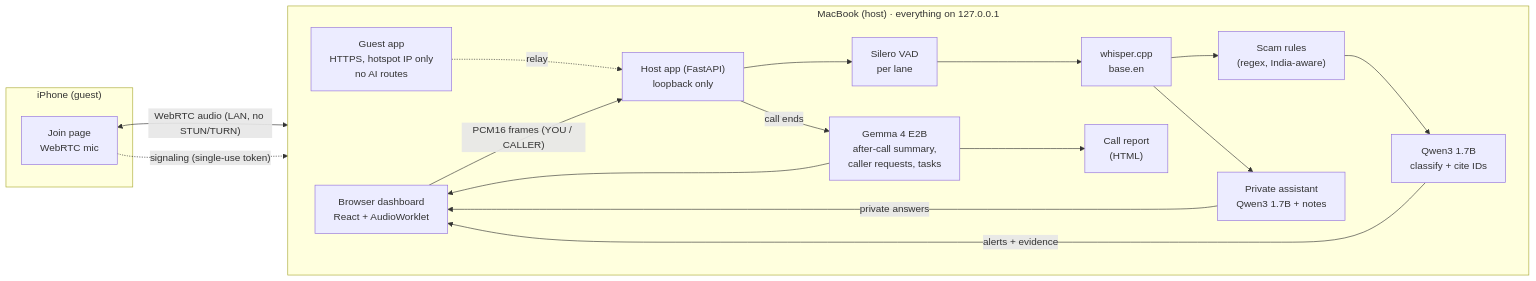
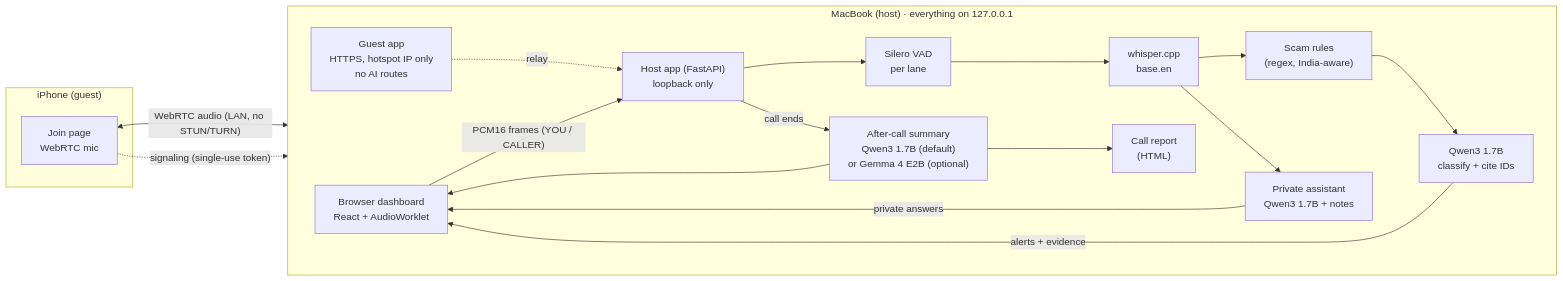
One commit to ManoharPaturi/techie-cooks-callpilot-ai changed the diagram in README.md. Above: the diagram before and after it, drawn with Mermaid. The commit also changed other lines of this file and 7 other files, not shown here.

Commit message:
Use Qwen3 for every job by default so 8 GB Macs hold one model; Gemma 4 optional

````diff
--- a/README.md
+++ b/README.md
@@ -97,28 +100,28 @@
 ```mermaid
 flowchart LR
   subgraph Phone["iPhone (guest)"]
     G[Join page<br/>WebRTC mic]
   end
   subgraph Mac["MacBook (host) · everything on 127.0.0.1"]
     direction LR
     B["Browser dashboard<br/>React + AudioWorklet"]
     GA["Guest app<br/>HTTPS, hotspot IP only<br/>no AI routes"]
     H["Host app (FastAPI)<br/>loopback only"]
     V["Silero VAD<br/>per lane"]
     W["whisper.cpp<br/>base.en"]
     R["Scam rules<br/>(regex, India-aware)"]
     Q["Qwen3 1.7B<br/>classify + cite IDs"]
     A["Private assistant<br/>Qwen3 1.7B + notes"]
-    GM["Gemma 4 E2B<br/>after-call summary,<br/>caller requests, tasks"]
+    GM["After-call summary<br/>Qwen3 1.7B (default)<br/>or Gemma 4 E2B (optional)"]
     RP["Call report<br/>(HTML)"]
   end
   G <-- "WebRTC audio (LAN, no STUN/TURN)" --> B
   G -. "signaling (single-use token)" .-> GA
   GA -. relay .-> H
   B -- "PCM16 frames (YOU / CALLER)" --> H
   H --> V --> W --> R --> Q
   Q -- "alerts + evidence" --> B
   W --> A -- "private answers" --> B
   H -- "call ends" --> GM --> B
   GM --> RP
 ```
````
